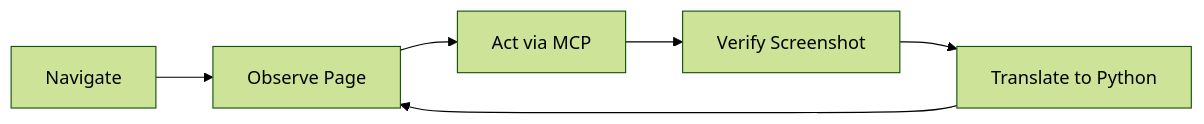
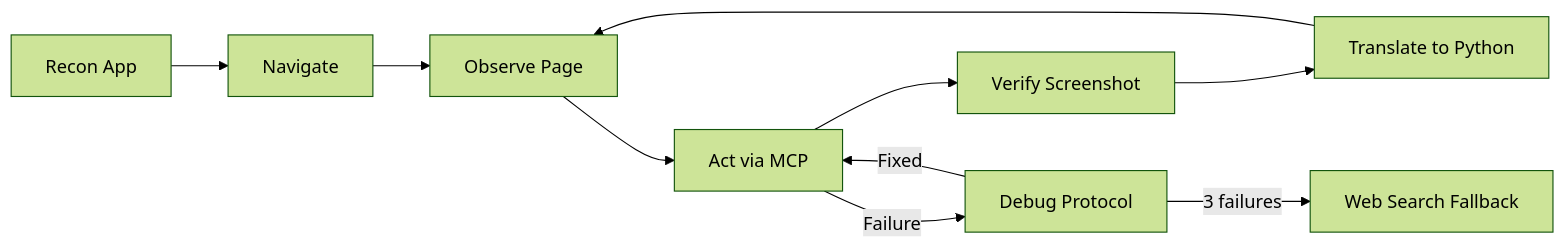
One commit to aghaPathan/skill-factory changed the diagram in README.md. Above: the diagram before and after it, drawn with Mermaid (forest theme). The commit also changed other lines of this file and 4 other files, not shown here.

````diff
--- a/README.md
+++ b/README.md
@@ -29,8 +29,12 @@
 ```mermaid
 graph LR
-    A[Navigate] --> B[Observe Page]
+    R[Recon App] --> A[Navigate]
+    A --> B[Observe Page]
     B --> C[Act via MCP]
     C --> D[Verify Screenshot]
     D --> E[Translate to Python]
     E --> B
+    C -->|Failure| F[Debug Protocol]
+    F -->|Fixed| C
+    F -->|3 failures| G[Web Search Fallback]
 ```
````
